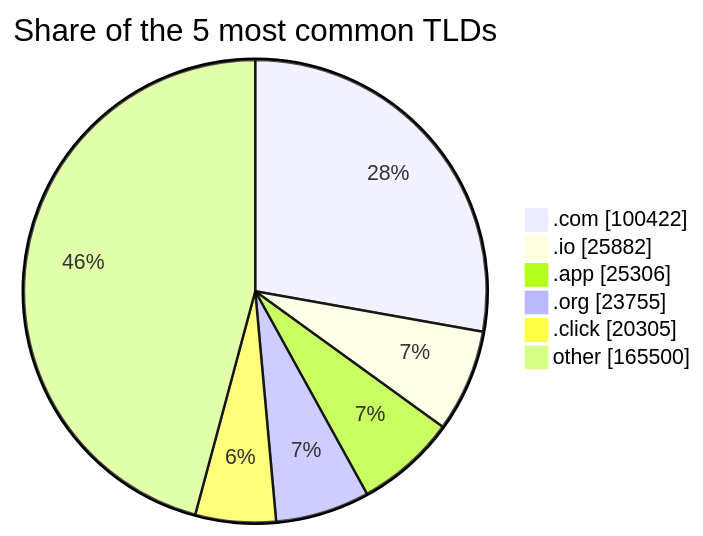
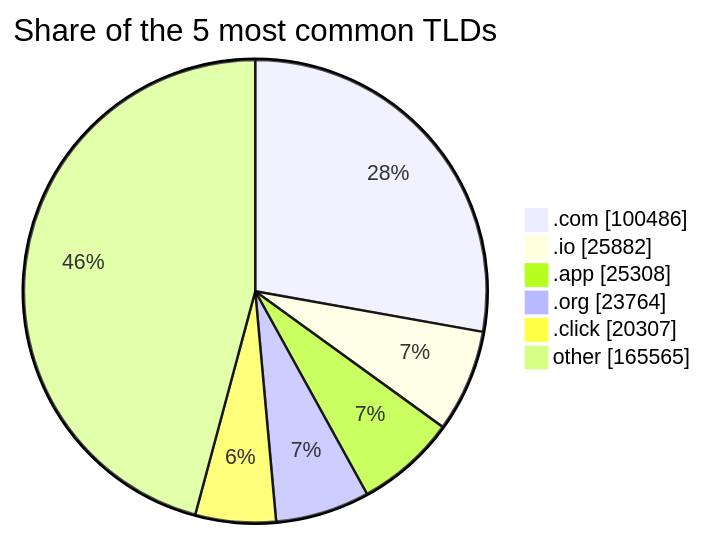
One commit to DNSBunker/CTI changed the third of 3 diagrams in README.md. Above: the diagram before and after it, drawn with Mermaid. The commit also changed other lines of this file and 3 other files, not shown here.

````diff
--- a/README.md
+++ b/README.md
@@ -81,9 +81,9 @@
 ```mermaid
 pie showData title Share of the 5 most common TLDs
-    ".com" : 100422
+    ".com" : 100486
     ".io" : 25882
-    ".app" : 25306
-    ".org" : 23755
-    ".click" : 20305
-    "other" : 165500
+    ".app" : 25308
+    ".org" : 23764
+    ".click" : 20307
+    "other" : 165565
 ```
````
